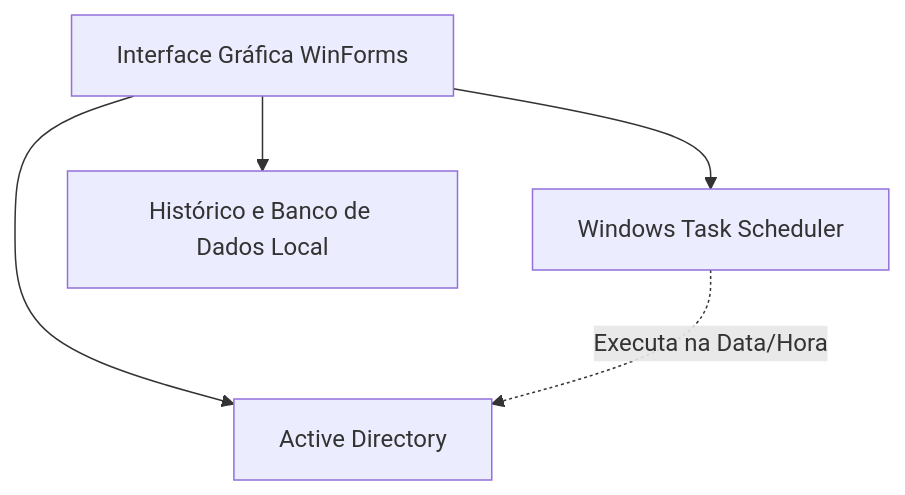
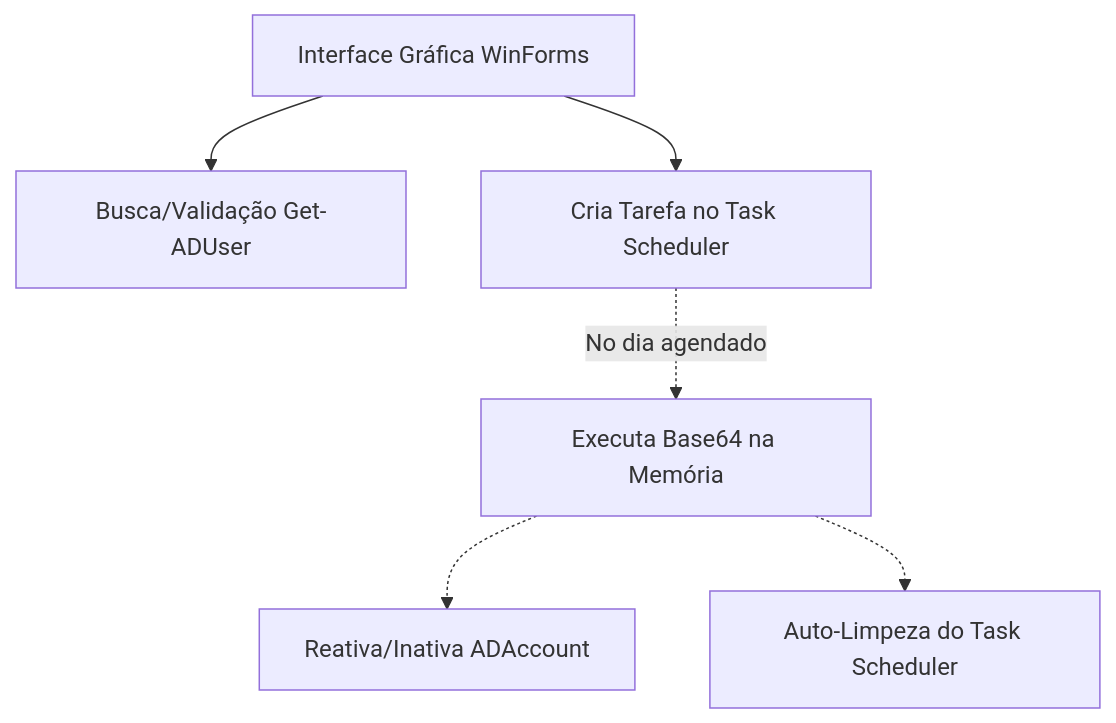
Before and after one commit to IDhexter/Agendador-ferias-ad: the diagram in README.md, drawn with Mermaid. The commit also changed other lines of this file and 1 other file, not shown here.

````diff
--- a/README.md
+++ b/README.md
@@ -11,7 +42,8 @@
 ```mermaid
 graph TD;
-    UI[Interface Gráfica WinForms] --> AD[Active Directory]
-    UI --> TS[Windows Task Scheduler]
-    UI --> JSON[Histórico e Banco de Dados Local]
-    TS -. Executa na Data/Hora .-> AD
+    UI[Interface Gráfica WinForms] --> AD[Busca/Validação Get-ADUser]
+    UI --> TS[Cria Tarefa no Task Scheduler]
+    TS -. No dia agendado .-> PS[Executa Base64 na Memória]
+    PS -.-> AD2[Reativa/Inativa ADAccount]
+    PS -.-> CL[Auto-Limpeza do Task Scheduler]
 ```
````
